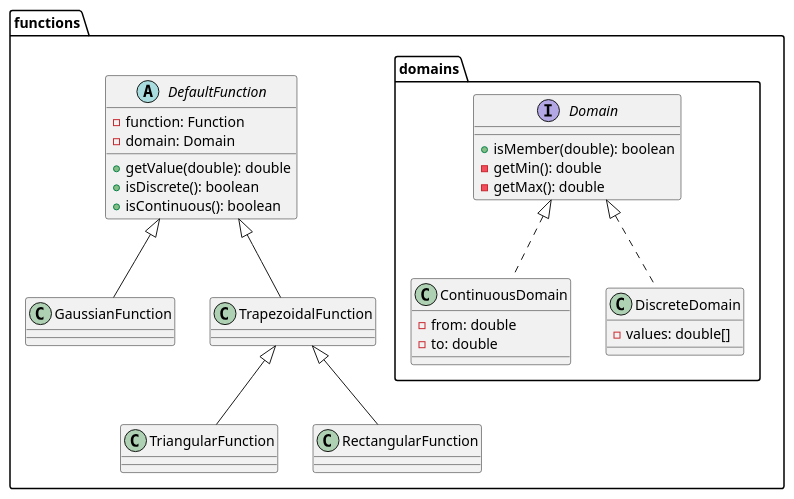
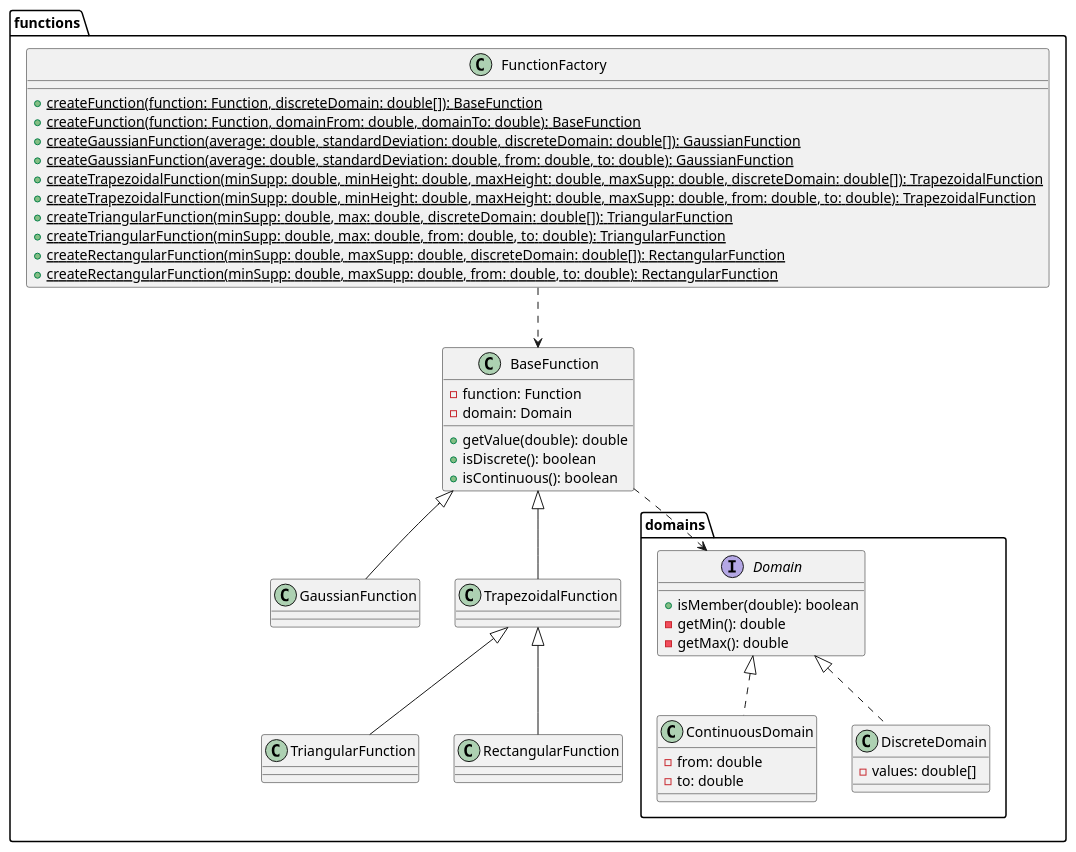
One commit to kambed/Computer-Recognition-Systems changed the third of 5 diagrams in task2/README.md. Above: the diagram before and after it, drawn with PlantUML. The commit also changed other lines of this file, not shown here.

Commit message:
Refactor, factories added

````diff
--- a/task2/README.md
+++ b/task2/README.md
@@ -71,29 +74,45 @@
 ```plantuml
 package functions {
     package domains {
         interface Domain {
             + isMember(double): boolean
             - getMin(): double
             - getMax(): double
         }
         class ContinuousDomain implements Domain {
             - from: double
             - to: double
         }
         class DiscreteDomain implements Domain {
             - values: double[]
         }
     }
-    abstract class DefaultFunction {
+    class BaseFunction {
         - function: Function
         - domain: Domain
         + getValue(double): double
         + isDiscrete(): boolean
         + isContinuous(): boolean
     }
-    class GaussianFunction extends DefaultFunction
-    class TrapezoidalFunction extends DefaultFunction
+    class GaussianFunction extends BaseFunction
+    class TrapezoidalFunction extends BaseFunction
     class TriangularFunction extends TrapezoidalFunction
     class RectangularFunction extends TrapezoidalFunction
+    
+    BaseFunction ..> Domain
+    
+    class FunctionFactory {
+        + {static} createFunction(function: Function, discreteDomain: double[]): BaseFunction
+        + {static} createFunction(function: Function, domainFrom: double, domainTo: double): BaseFunction
+        + {static} createGaussianFunction(average: double, standardDeviation: double, discreteDomain: double[]): GaussianFunction
+        + {static} createGaussianFunction(average: double, standardDeviation: double, from: double, to: double): GaussianFunction
+        + {static} createTrapezoidalFunction(minSupp: double, minHeight: double, maxHeight: double, maxSupp: double, discreteDomain: double[]): TrapezoidalFunction
+        + {static} createTrapezoidalFunction(minSupp: double, minHeight: double, maxHeight: double, maxSupp: double, from: double, to: double): TrapezoidalFunction
+        + {static} createTriangularFunction(minSupp: double,  max: double, discreteDomain: double[]): TriangularFunction
+        + {static} createTriangularFunction(minSupp: double,  max: double, from: double, to: double): TriangularFunction
+        + {static} createRectangularFunction(minSupp: double, maxSupp: double, discreteDomain: double[]): RectangularFunction
+        + {static} createRectangularFunction(minSupp: double, maxSupp: double, from: double, to: double): RectangularFunction
+    }
+    FunctionFactory ..> BaseFunction
 }
 ```
````
